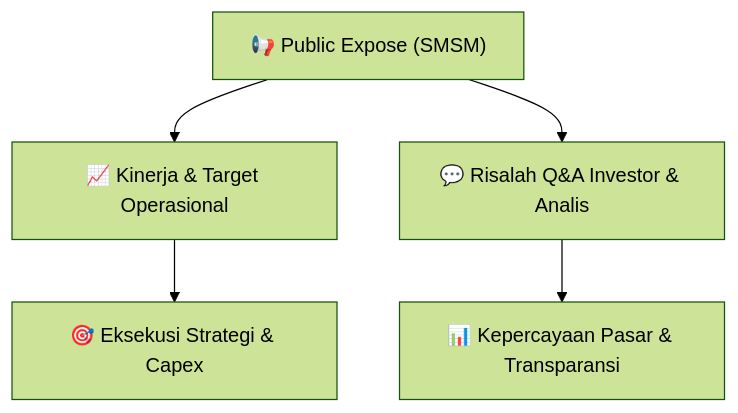
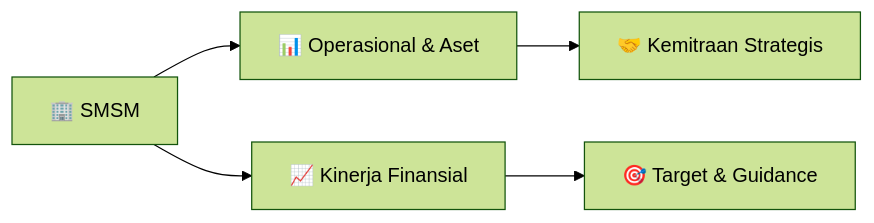
Before and after one commit to anYoneo/alphadigest-idx: the diagram in Finplan_analyst/knowledge-base/public-exposes/informasi-pubex/SMSM_Public_Expose_20260903.md, drawn with Mermaid (forest theme). The commit also changed other lines of this file and 526 other files, not shown here.

````diff
--- a/Finplan_analyst/knowledge-base/public-exposes/informasi-pubex/SMSM_Public_Expose_20260903.md
+++ b/Finplan_analyst/knowledge-base/public-exposes/informasi-pubex/SMSM_Public_Expose_20260903.md
@@ -30,7 +46,7 @@
 ```mermaid
-flowchart TD
-    A["📢 Public Expose (SMSM)"] --> B["📈 Kinerja & Target Operasional"]
-    A --> C["💬 Risalah Q&A Investor & Analis"]
-    B --> D["🎯 Eksekusi Strategi & Capex"]
-    C --> E["📊 Kepercayaan Pasar & Transparansi"]
+flowchart LR
+    A["🏢 SMSM"] --> B["📊 Operasional & Aset"]
+    A --> C["📈 Kinerja Finansial"]
+    B --> D["🤝 Kemitraan Strategis"]
+    C --> E["🎯 Target & Guidance"]
 ```
````
